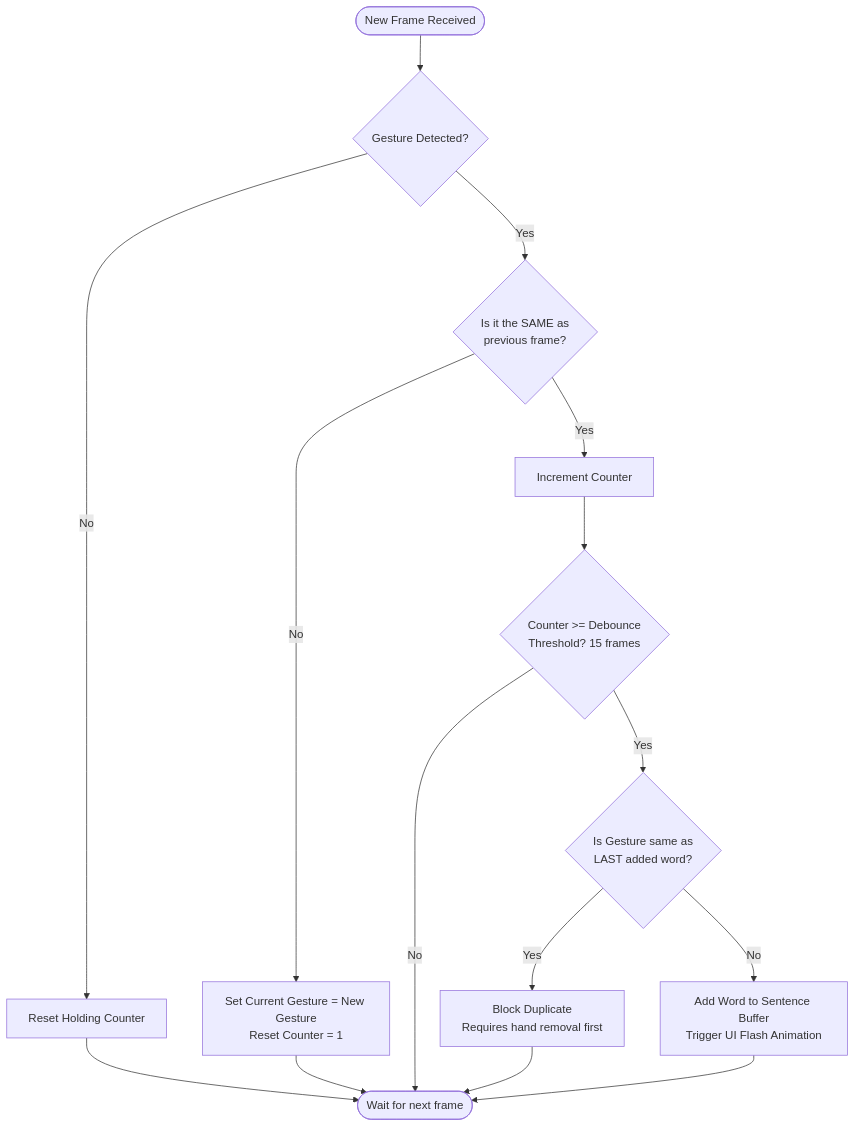
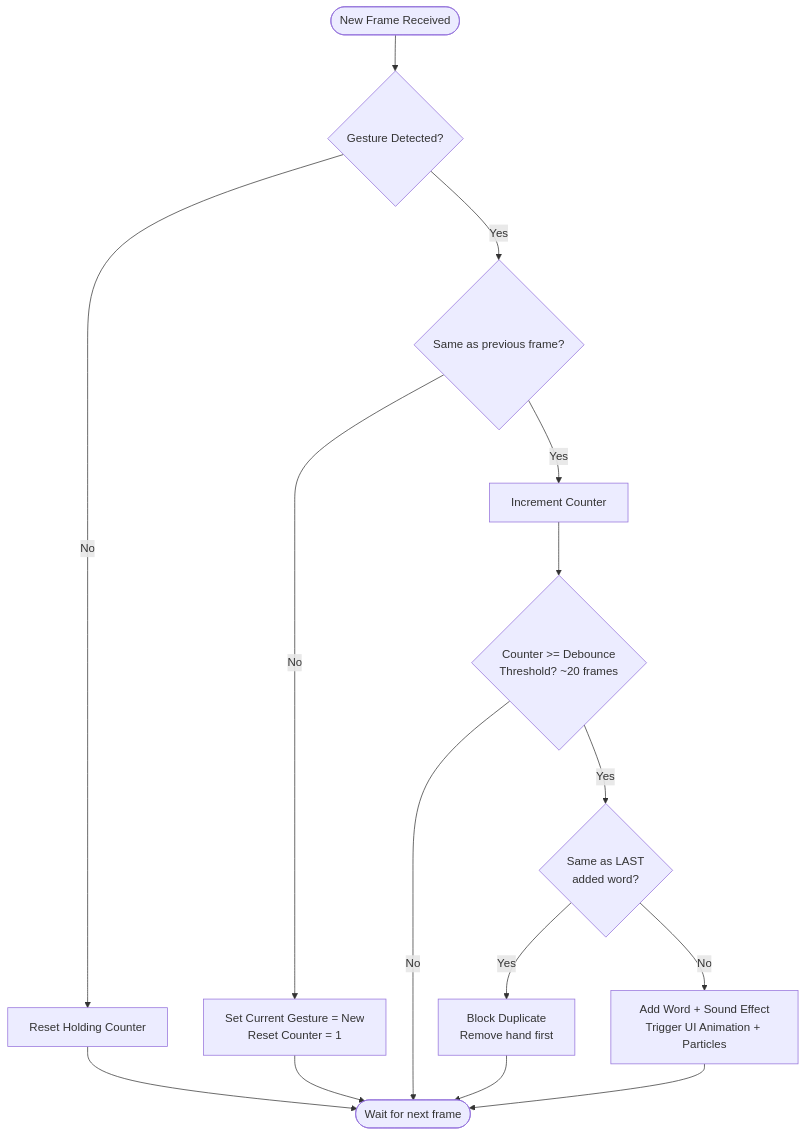
One commit to harshgupta170704/Real-Time-Hand-Gesture-to-Sentence-System changed the second of 2 diagrams in README.md. Above: the diagram before and after it, drawn with Mermaid. The commit also changed other lines of this file and 9 other files, not shown here.

````diff
--- a/README.md
+++ b/README.md
@@ -68,23 +68,23 @@
 ```mermaid
 flowchart TD
     A([New Frame Received]) --> B{Gesture Detected?}
     B -- No --> C[Reset Holding Counter]
-    B -- Yes --> D{Is it the SAME as\nprevious frame?}
+    B -- Yes --> D{Same as previous frame?}
     
     C --> Z([Wait for next frame])
     
-    D -- No --> E[Set Current Gesture = New Gesture<br>Reset Counter = 1]
+    D -- No --> E[Set Current Gesture = New<br>Reset Counter = 1]
     D -- Yes --> F[Increment Counter]
     
     E --> Z
-    F --> G{Counter >= Debounce<br>Threshold? 15 frames}
+    F --> G{Counter >= Debounce<br>Threshold? ~20 frames}
     
     G -- No --> Z
-    G -- Yes --> H{Is Gesture same as\nLAST added word?}
+    G -- Yes --> H{Same as LAST<br>added word?}
     
-    H -- Yes --> I[Block Duplicate<br>Requires hand removal first]
-    H -- No --> J[Add Word to Sentence Buffer<br>Trigger UI Flash Animation]
+    H -- Yes --> I[Block Duplicate<br>Remove hand first]
+    H -- No --> J[Add Word + Sound Effect<br>Trigger UI Animation + Particles]
     
     I --> Z
     J --> Z
 ```
````
